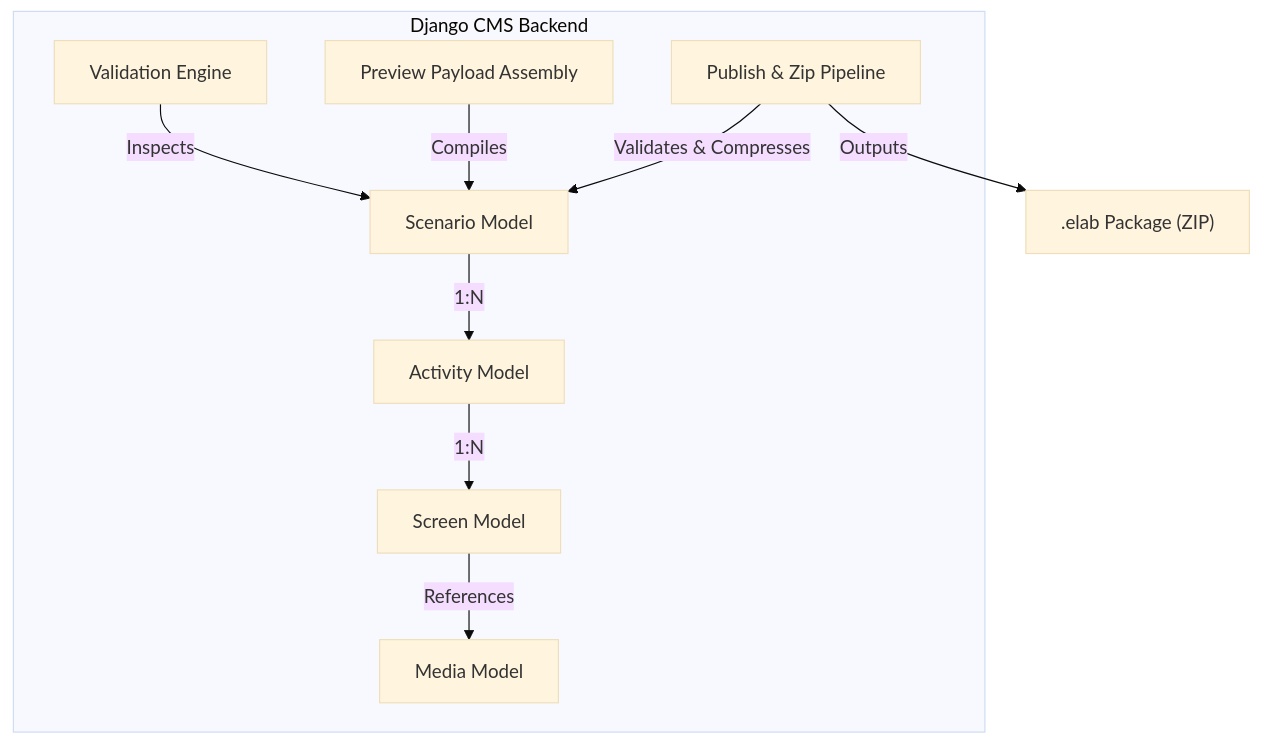
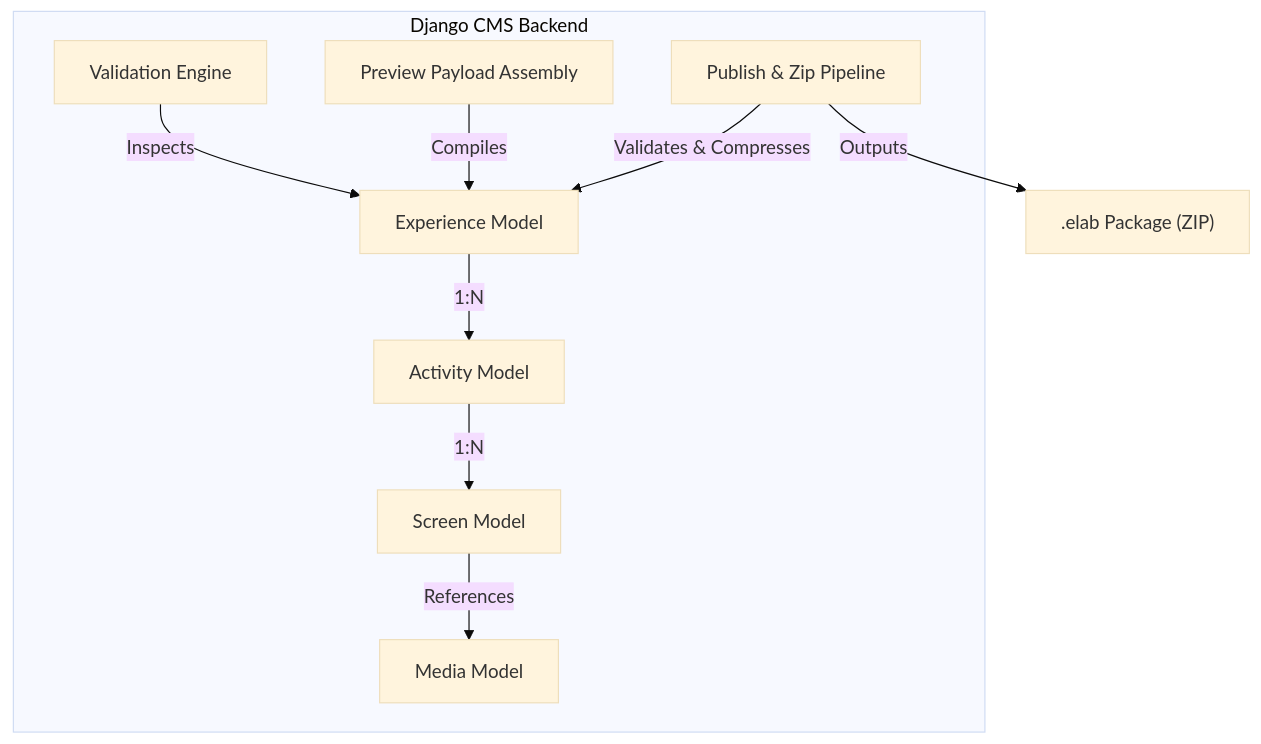
Before and after one commit to Valari-Technologies/Language_Lab: the diagram in HANDOVER.md, drawn with Mermaid (base theme). The commit also changed other lines of this file and 34 other files, not shown here.

````diff
--- a/HANDOVER.md
+++ b/HANDOVER.md
@@ -11,21 +11,21 @@
 ```mermaid
 graph TD
     subgraph Django CMS Backend
-        Scenario[Scenario Model]
+        Experience[Experience Model]
         Activity[Activity Model]
         Screen[Screen Model]
         Media[Media Model]
         Validation[Validation Engine]
         Assembly[Preview Payload Assembly]
         Publish[Publish & Zip Pipeline]
     end
 
-    Scenario -->|1:N| Activity
+    Experience -->|1:N| Activity
     Activity -->|1:N| Screen
     Screen -->|References| Media
 
-    Validation -->|Inspects| Scenario
-    Assembly -->|Compiles| Scenario
-    Publish -->|Validates & Compresses| Scenario
+    Validation -->|Inspects| Experience
+    Assembly -->|Compiles| Experience
+    Publish -->|Validates & Compresses| Experience
     Publish -->|Outputs| ElabPackage[".elab Package (ZIP)"]
 ```
````
